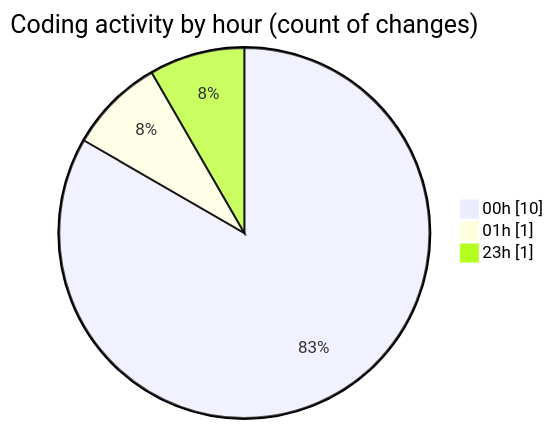
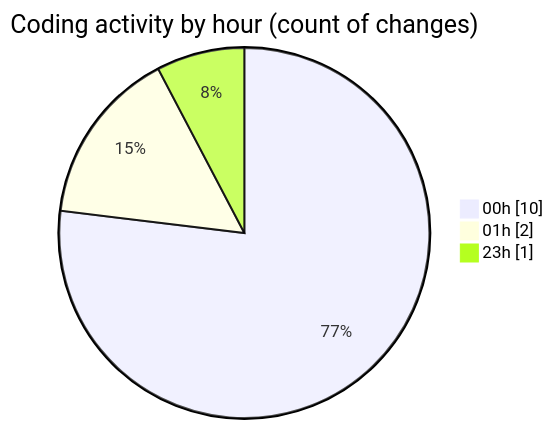
Before and after one commit to tmsrecording-cyber/code-tracking: the second of 2 diagrams in 2026-02-09/singularitybrainai/README.md, drawn with Mermaid. The commit also changed other lines of this file and 1 other file, not shown here.

````diff
--- a/2026-02-09/singularitybrainai/README.md
+++ b/2026-02-09/singularitybrainai/README.md
@@ -29,7 +29,7 @@
 ```mermaid
 pie showData
 title Coding activity by hour (count of changes)
 "00h" : 10
-"01h" : 1
+"01h" : 2
 "23h" : 1
 ```
````
